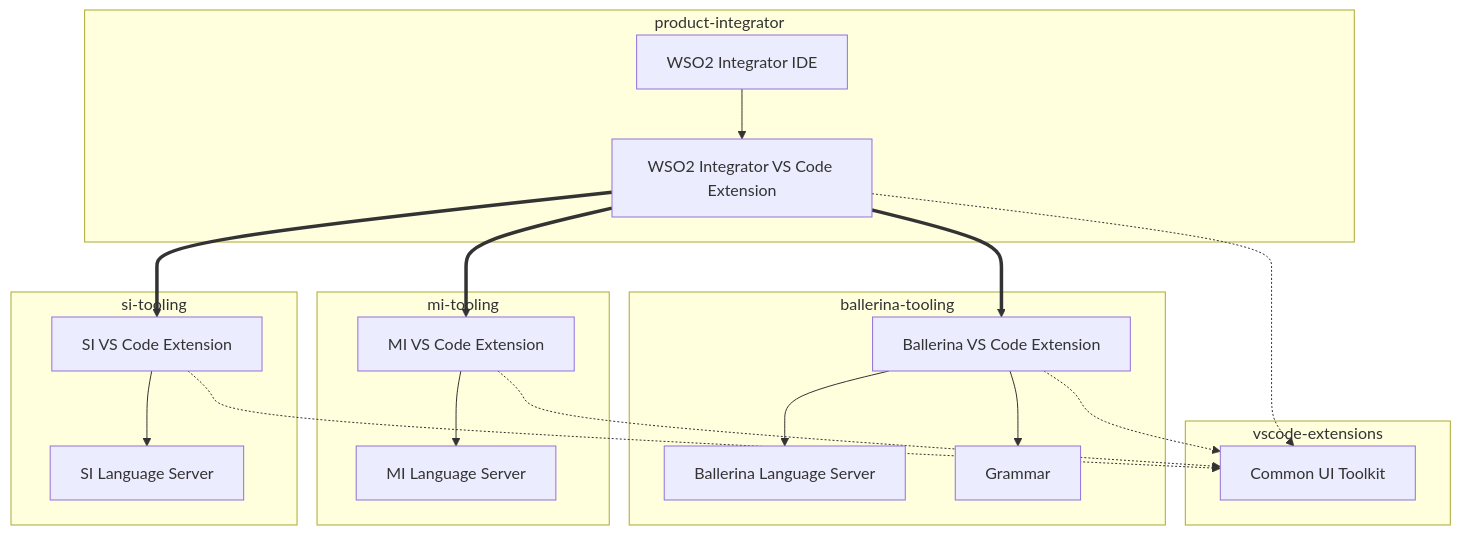
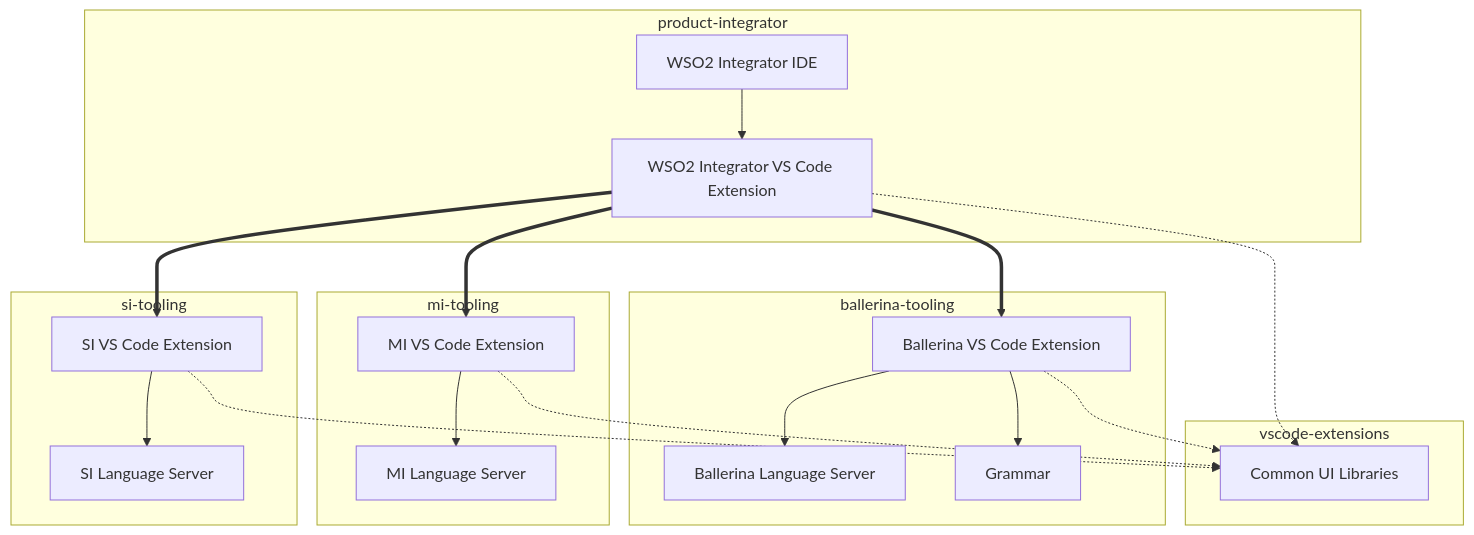
The diagram in docs/01-component-architecture.md (NipunaRanasinghe/wso2i-process-guides), drawn with Mermaid before and after one commit. The commit also changed other lines of this file and 5 other files, not shown here.

Commit message:
Refine documentation: update references from "shared UI toolkit" to "shared UI libraries"

````diff
--- a/docs/01-component-architecture.md
+++ b/docs/01-component-architecture.md
@@ -40,41 +40,41 @@
 ```mermaid
 graph TB
     subgraph VSC["vscode-extensions"]
-        UIT["Common UI Toolkit"]
+        UIT["Common UI Libraries"]
     end
 
     subgraph BALL["ballerina-tooling"]
         BT_LS["Ballerina Language Server"]
         BT_GR["Grammar"]
         BT_EX["Ballerina VS Code Extension"]
         BT_EX --> BT_LS
         BT_EX --> BT_GR
     end
 
     subgraph MI["mi-tooling"]
         MI_LS["MI Language Server"]
         MI_EX["MI VS Code Extension"]
         MI_EX --> MI_LS
     end
 
     subgraph SI["si-tooling"]
         SI_LS["SI Language Server"]
         SI_EX["SI VS Code Extension"]
         SI_EX --> SI_LS
     end
 
     subgraph PROD["product-integrator"]
         PI_EX["WSO2 Integrator VS Code Extension"]
         PI_IDE["WSO2 Integrator IDE"]
         PI_IDE --> PI_EX
     end
 
     BT_EX -.-> UIT
     MI_EX -.-> UIT
     SI_EX -.-> UIT
     PI_EX -.-> UIT
 
     PI_EX ==> BT_EX
     PI_EX ==> MI_EX
     PI_EX ==> SI_EX
 ```
````
